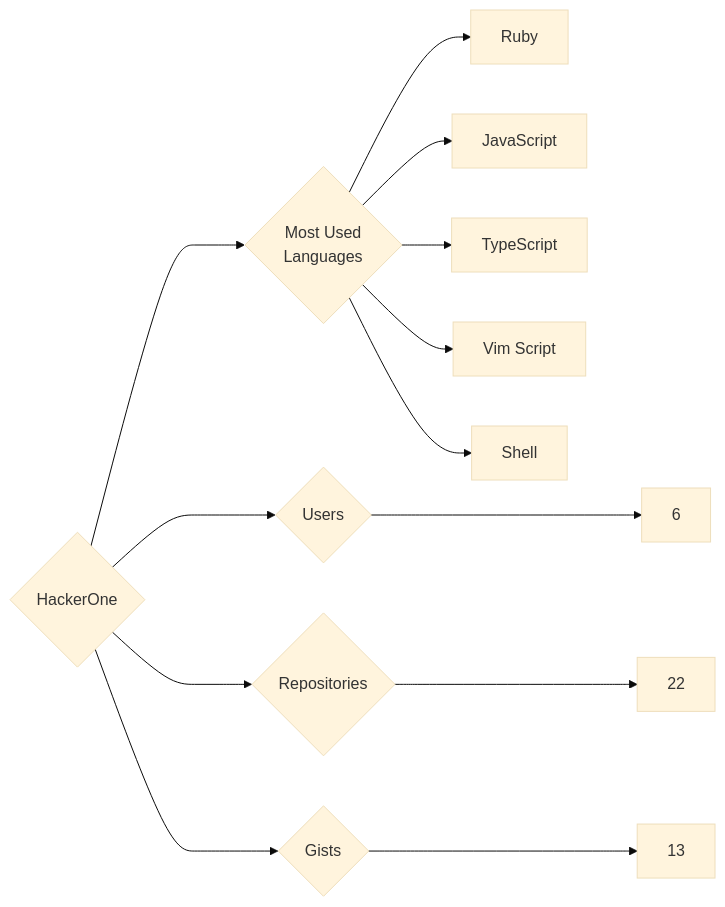
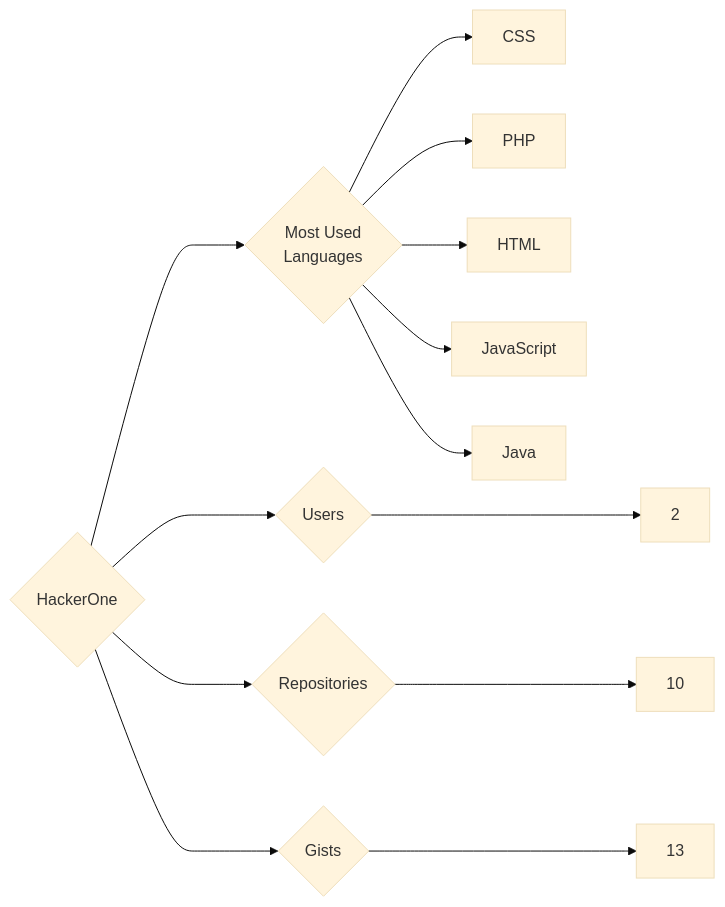
One commit to trickest/insiders changed the diagram in targets/HackerOne/README.md. Above: the diagram before and after it, drawn with Mermaid (base theme). The commit also changed 1078 other files, not shown here.

````diff
--- a/targets/HackerOne/README.md
+++ b/targets/HackerOne/README.md
@@ -3,13 +3,13 @@
 ```mermaid
 graph LR
 COMPANY_NAME{HackerOne}
-COMPANY_NAME ---> U{Users} ---> UN[6]
-COMPANY_NAME ---> R{Repositories} ---> RN[22]
+COMPANY_NAME ---> U{Users} ---> UN[2]
+COMPANY_NAME ---> R{Repositories} ---> RN[10]
 COMPANY_NAME ---> G{Gists} ---> GN[13]
 COMPANY_NAME ---> ML{Most Used<br>Languages}
-ML --> Ruby[Ruby]
+ML --> CSS[CSS]
+ML --> PHP[PHP]
+ML --> HTML[HTML]
 ML --> JavaScript[JavaScript]
-ML --> TypeScript[TypeScript]
-ML --> Vim_Script[Vim Script]
-ML --> Shell[Shell]
+ML --> Java[Java]
 ```
````
